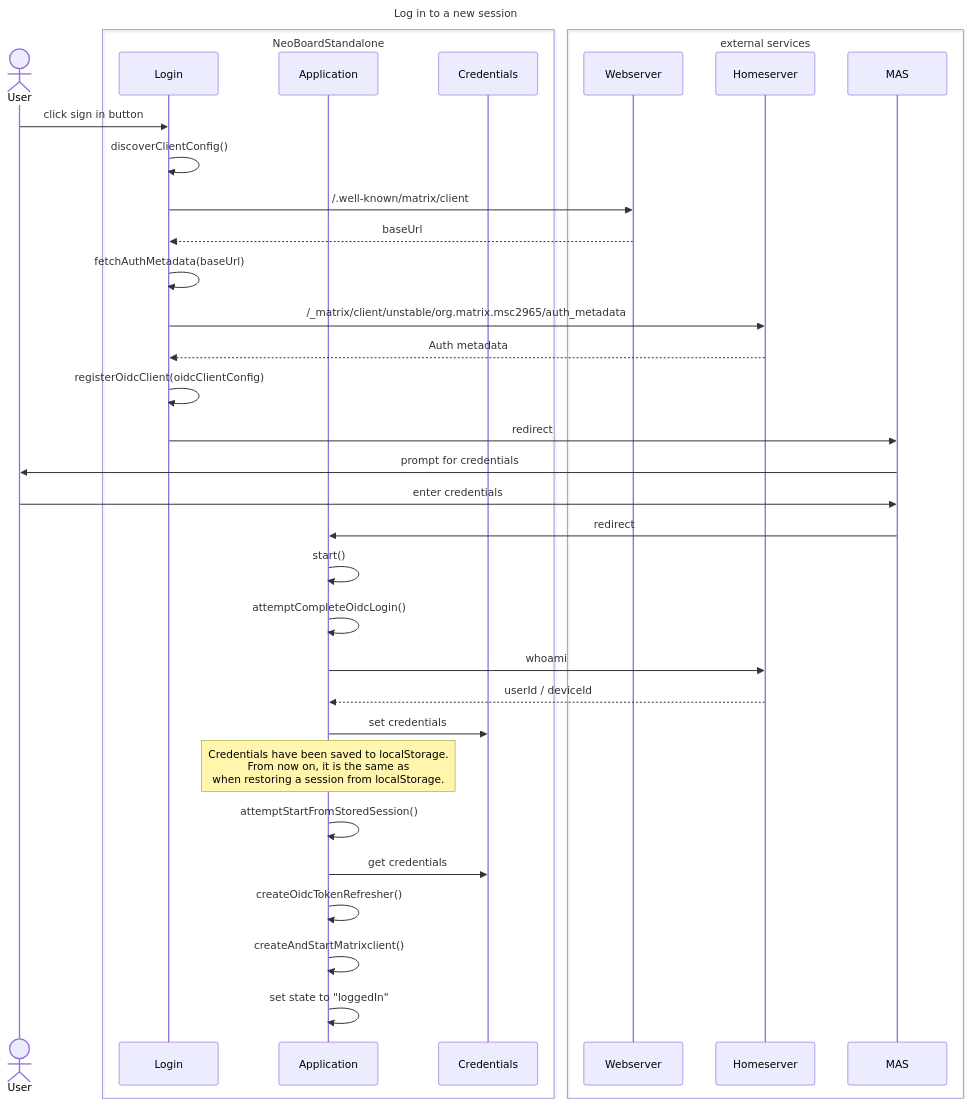
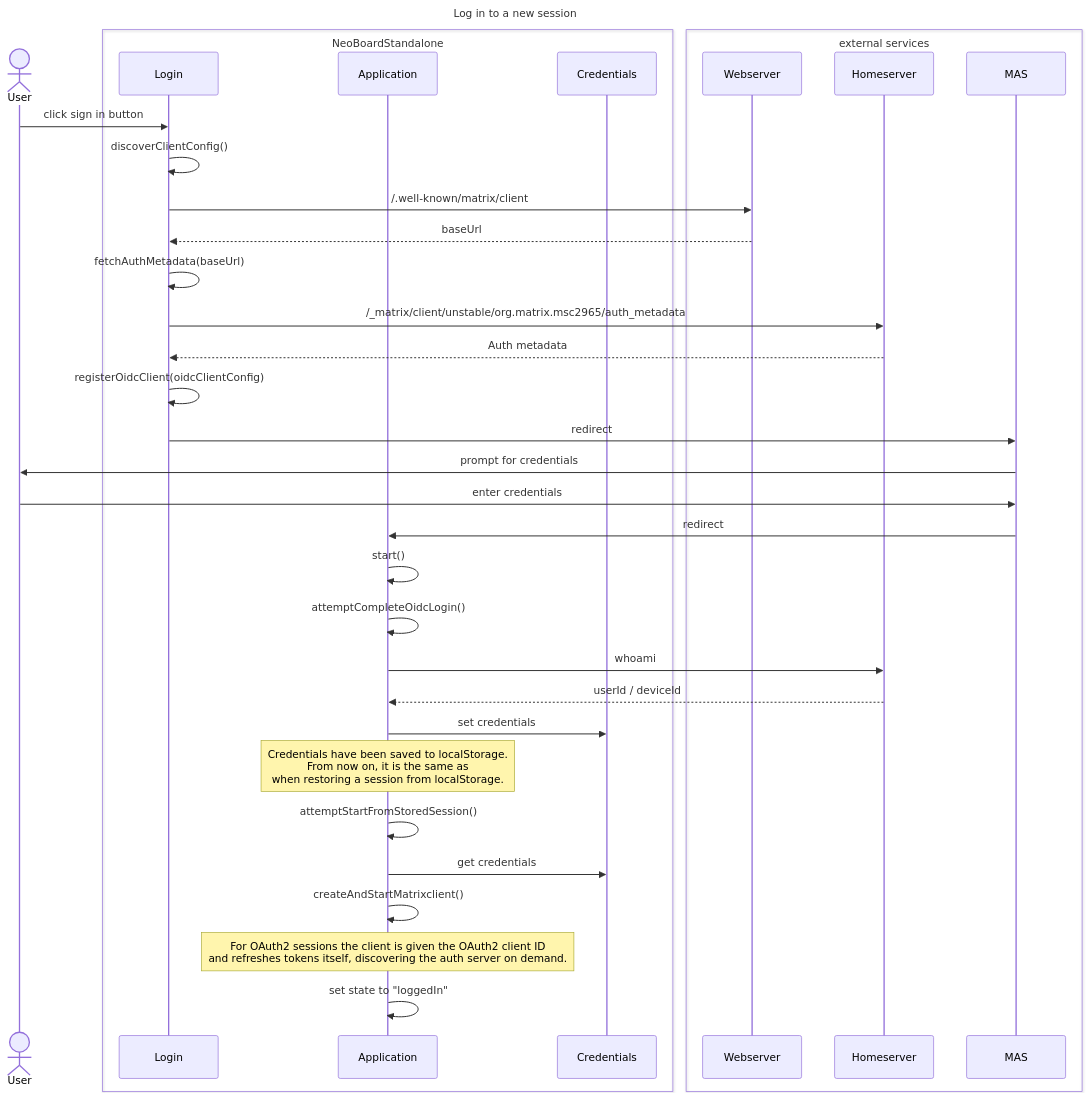
The diagram in docs/architecture.md (nordeck/matrix-neoboard-standalone), drawn with Mermaid before and after one commit. The commit also changed 16 other files, not shown here.

````diff
--- a/docs/architecture.md
+++ b/docs/architecture.md
@@ -7,42 +7,42 @@
 ```mermaid
 sequenceDiagram
   title: Log in to a new session
 
   actor User
 
   box NeoBoardStandalone
     participant Login
     participant Application
     participant Credentials
   end
 
   box external services
     participant Webserver
     participant Homeserver
     participant MAS
   end
 
   User ->> Login: click sign in button
   Login ->> Login: discoverClientConfig()
   Login ->> Webserver: /.well-known/matrix/client
   Webserver -->> Login: baseUrl
   Login ->> Login: fetchAuthMetadata(baseUrl)
   Login ->> Homeserver: /_matrix/client/unstable/org.matrix.msc2965/auth_metadata
   Homeserver -->> Login: Auth metadata
   Login ->> Login: registerOidcClient(oidcClientConfig)
   Login ->> MAS: redirect
   MAS ->> User: prompt for credentials
   User ->> MAS: enter credentials
   MAS ->> Application: redirect
   Application ->> Application: start()
   Application ->> Application: attemptCompleteOidcLogin()
   Application ->> Homeserver: whoami
   Homeserver -->> Application: userId / deviceId
   Application ->> Credentials: set credentials
   Note over Application: Credentials have been saved to localStorage.<br />From now on, it is the same as<br />when restoring a session from localStorage.
   Application ->> Application: attemptStartFromStoredSession()
   Application ->> Credentials: get credentials
-  Application ->> Application: createOidcTokenRefresher()
   Application ->> Application: createAndStartMatrixclient()
+  Note over Application: For OAuth2 sessions the client is given the OAuth2 client ID<br />and refreshes tokens itself, discovering the auth server on demand.
   Application ->> Application: set state to "loggedIn"
 ```
````
